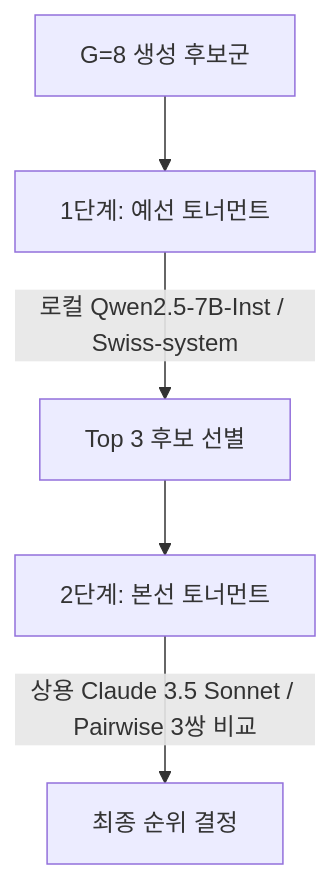
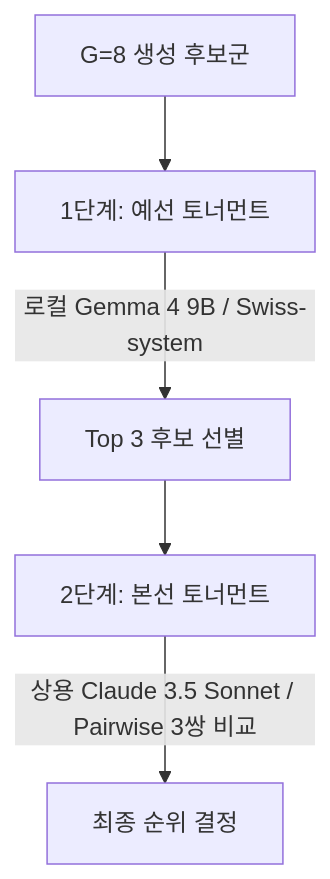
Before and after one commit to YiTanJang/poetry-llm: the second of 2 diagrams in poetry-llm/evaluation/llm_as_judge.md, drawn with Mermaid. The commit also changed other lines of this file and 21 other files, not shown here.

Commit message:
[model] Qwen2.5를 Gemma 4로 전역 교체 및 수정 제안 병합

````diff
--- a/poetry-llm/evaluation/llm_as_judge.md
+++ b/poetry-llm/evaluation/llm_as_judge.md
@@ -66,7 +66,7 @@
 ```mermaid
 graph TD
     A[G=8 생성 후보군] --> B[1단계: 예선 토너먼트]
-    B -->|로컬 Qwen2.5-7B-Inst / Swiss-system| C[Top 3 후보 선별]
+    B -->|로컬 Gemma 4 9B / Swiss-system| C[Top 3 후보 선별]
     C --> D[2단계: 본선 토너먼트]
     D -->|상용 Claude 3.5 Sonnet / Pairwise 3쌍 비교| E[최종 순위 결정]
 ```
````
